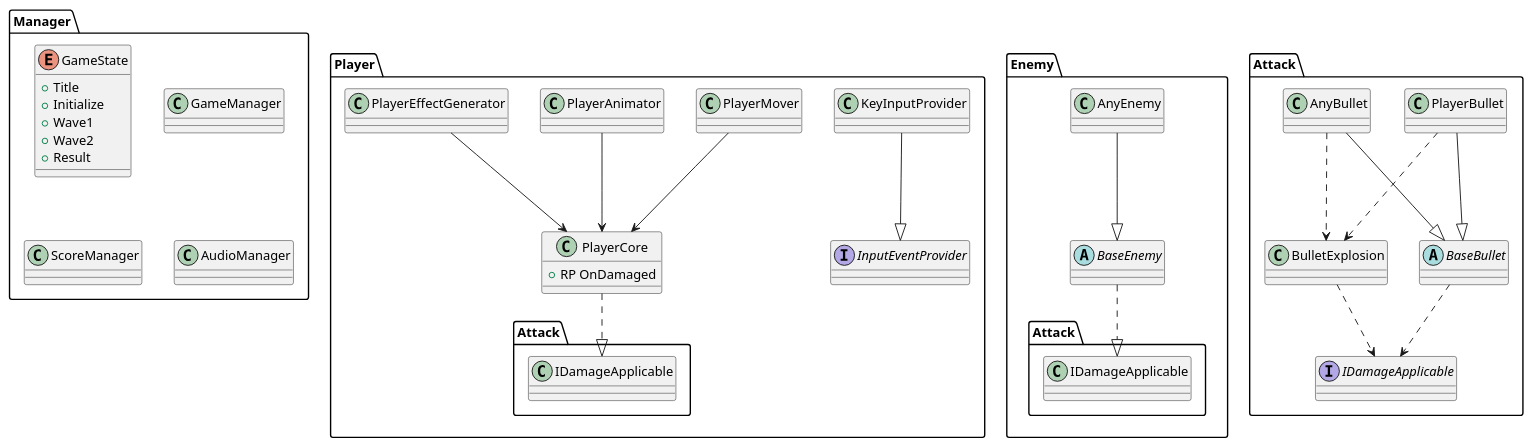
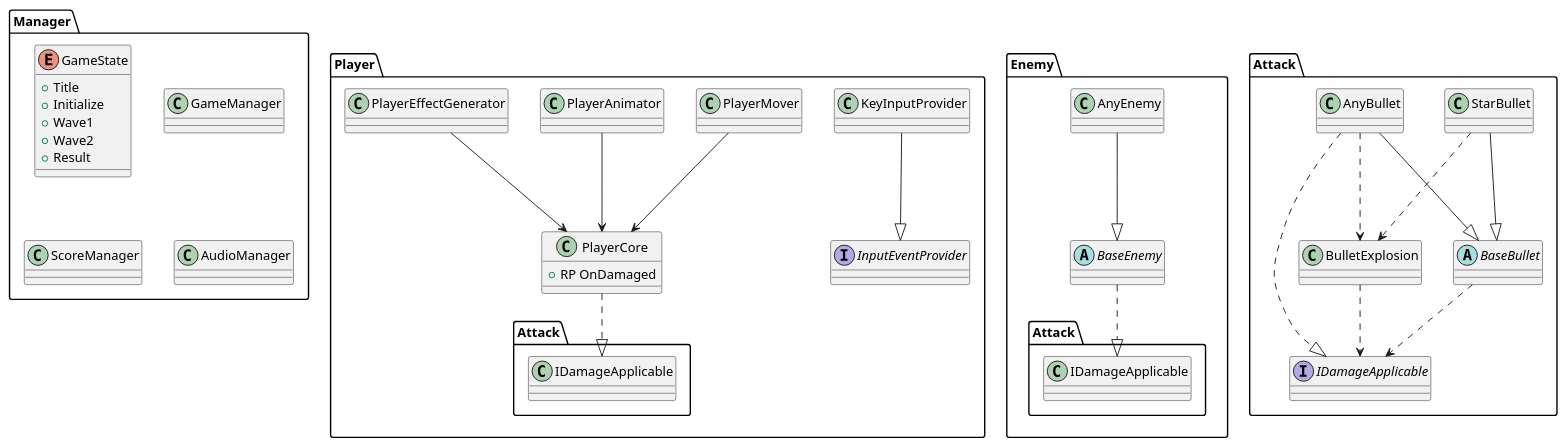
Before and after one commit to takuma0802/U1W_Collect: the diagram in UML/ClassDiagram.pu, drawn with PlantUML.

Commit message:
Edit ClassDiagram

```diff
--- a/UML/ClassDiagram.pu
+++ b/UML/ClassDiagram.pu
@@ -1,71 +1,74 @@
 @startuml HorseLabyrinth
 
     namespace Player{
         interface InputEventProvider
         class KeyInputProvider
         KeyInputProvider --|> InputEventProvider
 
         class PlayerCore{
             + RP OnDamaged
         }
 
         class PlayerMover{
 
         }
 
         class PlayerAnimator
         class PlayerEffectGenerator
 
         PlayerCore ..|> Attack.IDamageApplicable
         PlayerMover --> PlayerCore
         PlayerAnimator --> PlayerCore
         PlayerEffectGenerator --> PlayerCore
 
     }
 
     namespace Enemy{
         abstract BaseEnemy{
 
         }
         class AnyEnemy
 
         AnyEnemy --|> BaseEnemy
         BaseEnemy ..|> Attack.IDamageApplicable
     }
 
     namespace Attack{
         interface IDamageApplicable
         class BulletExplosion
         abstract BaseBullet
-        class PlayerBullet
+        class StarBullet
         class AnyBullet
         
         BaseBullet ..> IDamageApplicable
         BulletExplosion ..> IDamageApplicable
-        PlayerBullet --|> BaseBullet
-        PlayerBullet ..> BulletExplosion
+        AnyBullet ..|> IDamageApplicable
+        
+        StarBullet --|> BaseBullet
+        StarBullet ..> BulletExplosion
         AnyBullet --|> BaseBullet
         AnyBullet ..> BulletExplosion
+         
     }
 
     namespace Manager{
         enum GameState{
             + Title
             + Initialize
             + Wave1
             + Wave2
             + Result
         }
 
         class GameManager{
 
         }
 
         class ScoreManager{
 
         }
 
         class AudioManager
     }
 
 @enduml
```
